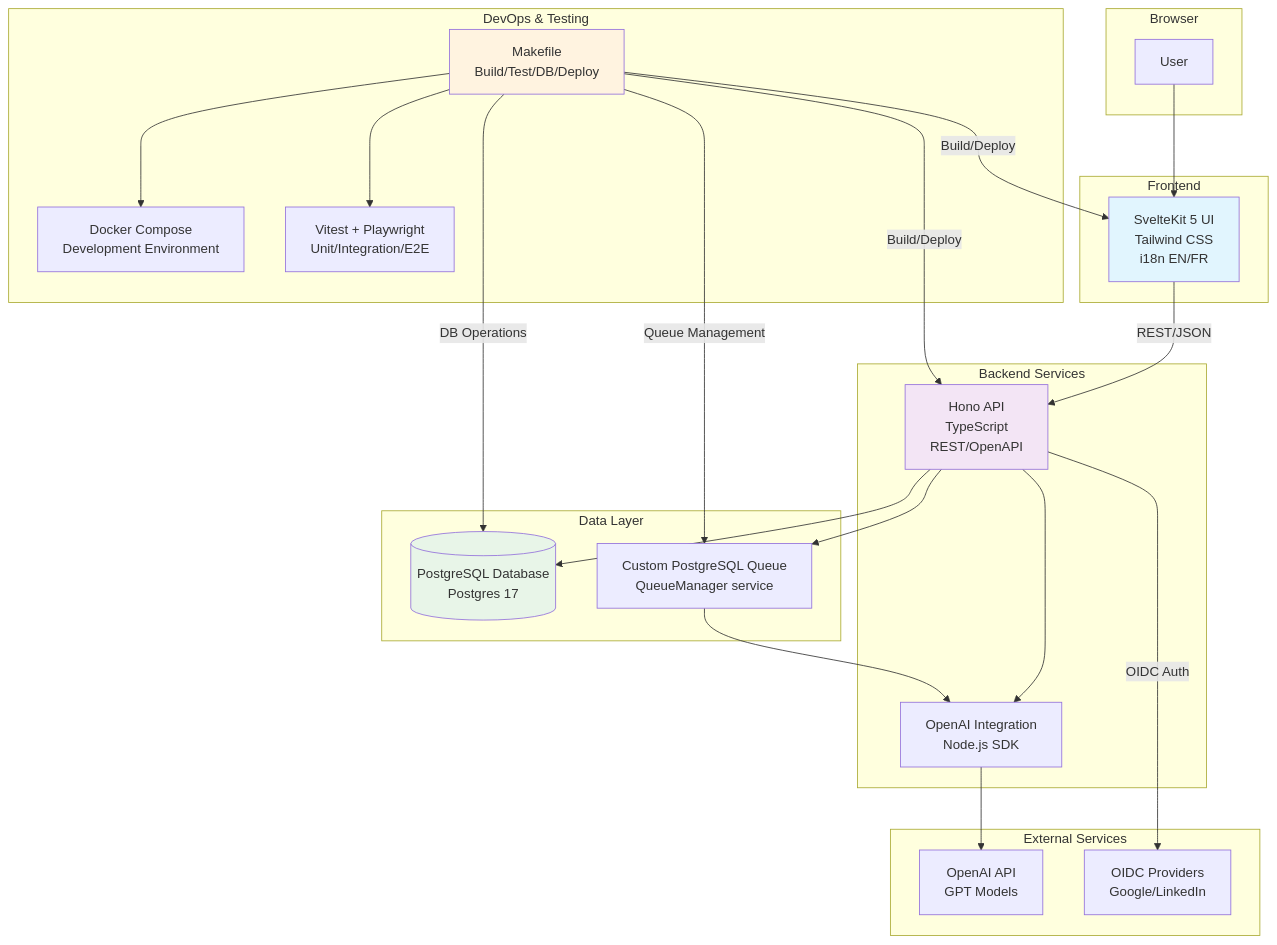
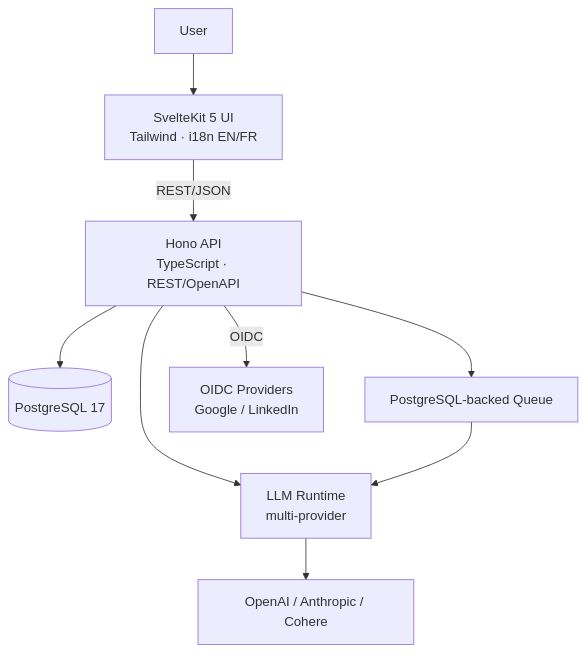
The diagram in README.md (rhanka/sentropic), drawn with Mermaid before and after one commit. The commit also changed other lines of this file and 1 other file, not shown here.

````diff
--- a/README.md
+++ b/README.md
@@ -21,52 +58,20 @@
 ```mermaid
 flowchart TB
-    subgraph "Browser"
-        User[User]
-    end
-    
-    subgraph "Frontend"
-        UI["SvelteKit 5 UI<br/>Tailwind CSS<br/>i18n EN/FR"]
-    end
-    
-    subgraph "Backend Services"
-        API["Hono API<br/>TypeScript<br/>REST/OpenAPI"]
-        AI["OpenAI Integration<br/>Node.js SDK"]
-    end
-    
-    subgraph "Data Layer"
-        DB[("PostgreSQL Database<br/>Postgres 17")]
-        Queue["Custom PostgreSQL Queue<br/>QueueManager service"]
-    end
-    
-    subgraph "External Services"
-        OpenAI["OpenAI API<br/>GPT Models"]
-        OIDC["OIDC Providers<br/>Google/LinkedIn"]
-    end
-    
-    subgraph "DevOps & Testing"
-        Docker["Docker Compose<br/>Development Environment"]
-        Make["Makefile<br/>Build/Test/DB/Deploy"]
-        Tests["Vitest + Playwright<br/>Unit/Integration/E2E"]
-    end
-    
+    User[User]
+    UI["SvelteKit 5 UI<br/>Tailwind · i18n EN/FR"]
+    API["Hono API<br/>TypeScript · REST/OpenAPI"]
+    AI["LLM Runtime<br/>multi-provider"]
+    DB[("PostgreSQL 17")]
+    Queue["PostgreSQL-backed Queue"]
+    LLMs["OpenAI / Anthropic / Cohere"]
+    OIDC["OIDC Providers<br/>Google / LinkedIn"]
+
     User --> UI
     UI -->|REST/JSON| API
     API --> AI
-    AI --> OpenAI
+    AI --> LLMs
     API --> DB
     API --> Queue
     Queue --> AI
-    API -->|OIDC Auth| OIDC
-    
-    Make --> Docker
-    Make --> Tests
-    Make -->|DB Operations| DB
-    Make -->|Queue Management| Queue
-    Make -->|Build/Deploy| UI
-    Make -->|Build/Deploy| API
-    
-    style UI fill:#e1f5fe
-    style API fill:#f3e5f5
-    style DB fill:#e8f5e8
-    style Make fill:#fff3e0
+    API -->|OIDC| OIDC
 ```
````
